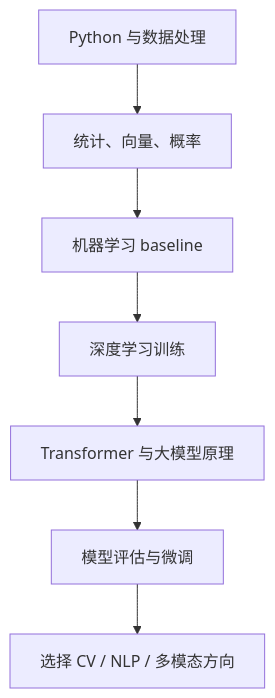
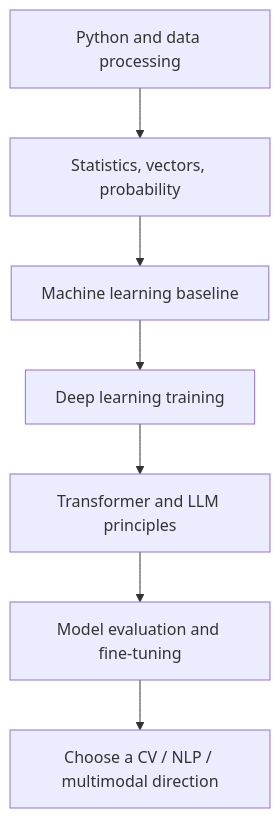
The third of 4 diagrams in docs/intro/main-learning-routes.md (oudbiao/AI-fullstack-course), drawn with Mermaid before and after one commit. The commit also changed other lines of this file and 1406 other files, not shown here.

````diff
--- a/docs/intro/main-learning-routes.md
+++ b/docs/intro/main-learning-routes.md
@@ -81,9 +81,9 @@
 ```mermaid
 flowchart TD
-  A[Python 与数据处理] --> B[统计、向量、概率]
-  B --> C[机器学习 baseline]
-  C --> D[深度学习训练]
-  D --> E[Transformer 与大模型原理]
-  E --> F[模型评估与微调]
-  F --> G[选择 CV / NLP / 多模态方向]
+  A[Python and data processing] --> B[Statistics, vectors, probability]
+  B --> C[Machine learning baseline]
+  C --> D[Deep learning training]
+  D --> E[Transformer and LLM principles]
+  E --> F[Model evaluation and fine-tuning]
+  F --> G[Choose a CV / NLP / multimodal direction]
 ```
````
